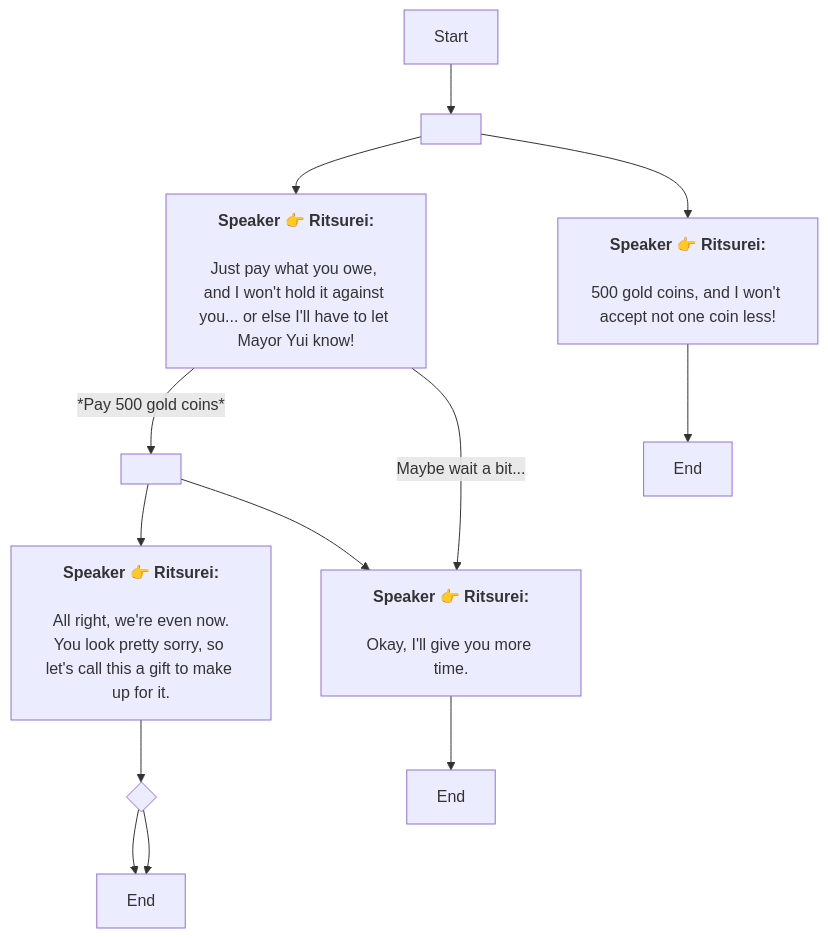
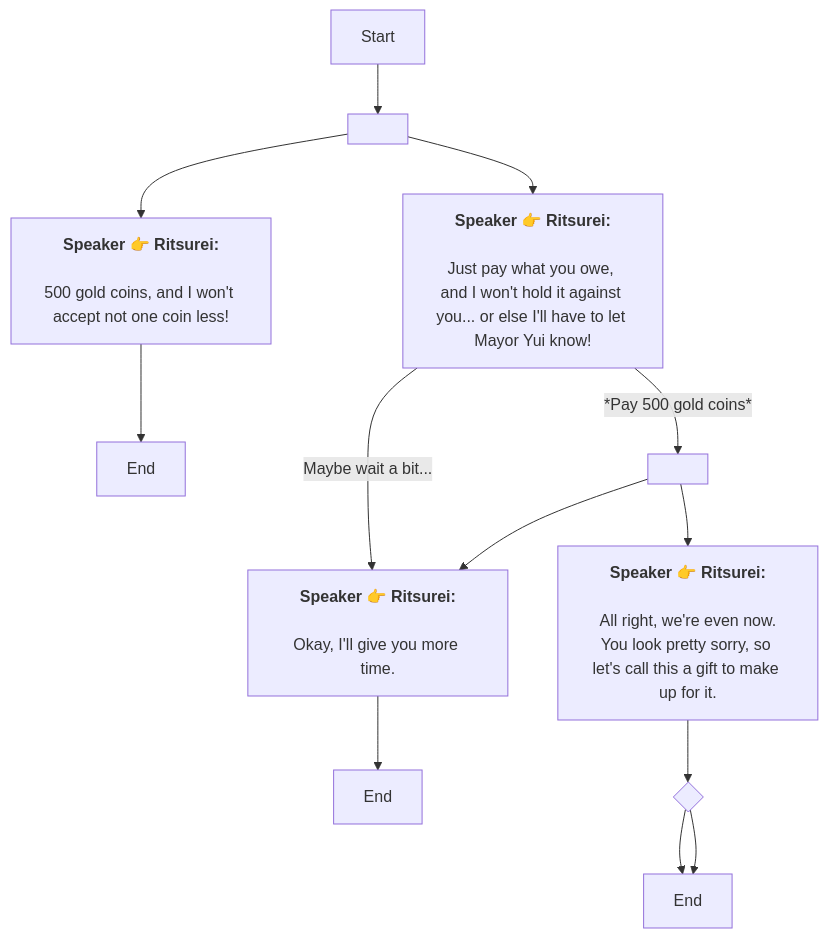
Before and after one commit to SoftHu/tos_avg: the diagram in En/QuestTalkObjectiveNode_1739145281838423.md, drawn with Mermaid. The commit also changed other lines of this file and 780 other files, not shown here.

````diff
--- a/En/QuestTalkObjectiveNode_1739145281838423.md
+++ b/En/QuestTalkObjectiveNode_1739145281838423.md
@@ -1,22 +1,22 @@
 ```mermaid
 graph
 Start -->1739411791792326[ ]
+1739411791792326 -->1739146462102898[<b>Speaker 👉 Ritsurei:</b>
+\n500 gold coins, and I won't accept not one coin less!]
 1739411791792326 -->1739145508784474[<b>Speaker 👉 Ritsurei:</b>
 \nJust pay what you owe, 
 and I won't hold it against you... or else I'll have to let Mayor Yui know!]
-1739411791792326 -->1739146462102898[<b>Speaker 👉 Ritsurei:</b>
-\n500 gold coins, and I won't accept not one coin less!]
+1739145508784474 -->|Maybe wait a bit...|1739145810487649[<b>Speaker 👉 Ritsurei:</b>
+\nOkay, I'll give you more time.]
 1739145508784474 -->|*Pay 500 gold coins*|1739145581540699[ ]
-1739145508784474 -->|Maybe wait a bit...|1739145810487649[<b>Speaker 👉 Ritsurei:</b>
+1739145581540699 -->1739145810487649[<b>Speaker 👉 Ritsurei:</b>
 \nOkay, I'll give you more time.]
 1739145581540699 -->1739145858092387[<b>Speaker 👉 Ritsurei:</b>
 \nAll right, we're even now.\nYou look pretty sorry, so let's call this a gift to make up for it.]
-1739145581540699 -->1739145810487649[<b>Speaker 👉 Ritsurei:</b>
-\nOkay, I'll give you more time.]
 1739145858092387 -->1770734707650649{ }
 1770734707650649 -->1739146078617956[End]
 1770734707650649 -->1739146078617956[End]
 1739145810487649 -->1739145852275042[End]
 1739146462102898 -->1739146492336499[End]
 
 ```
````
